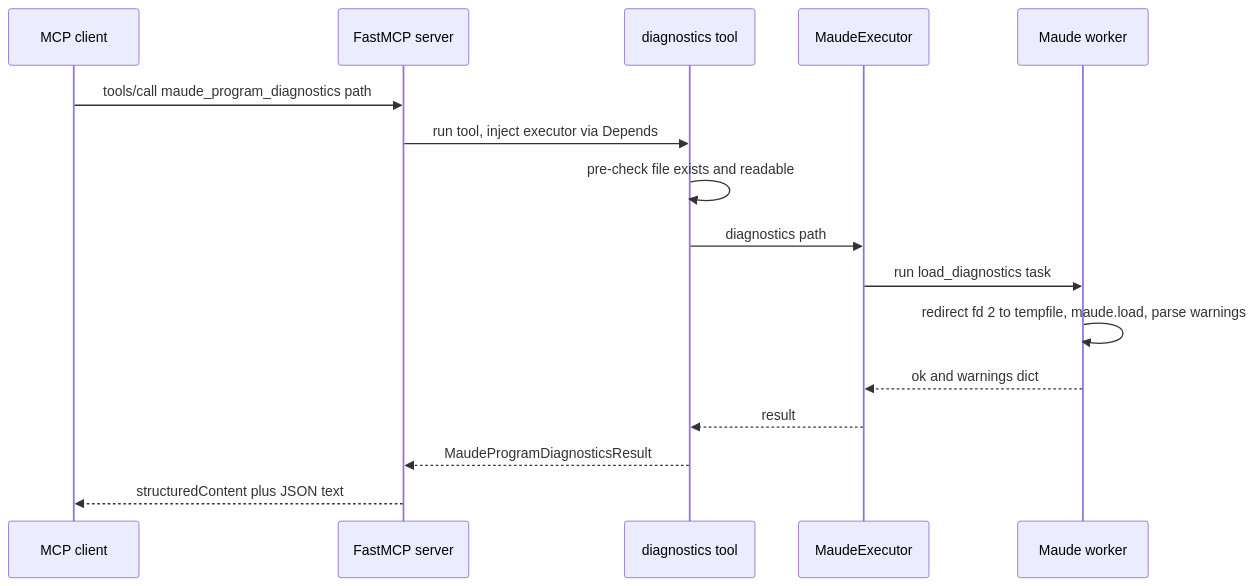
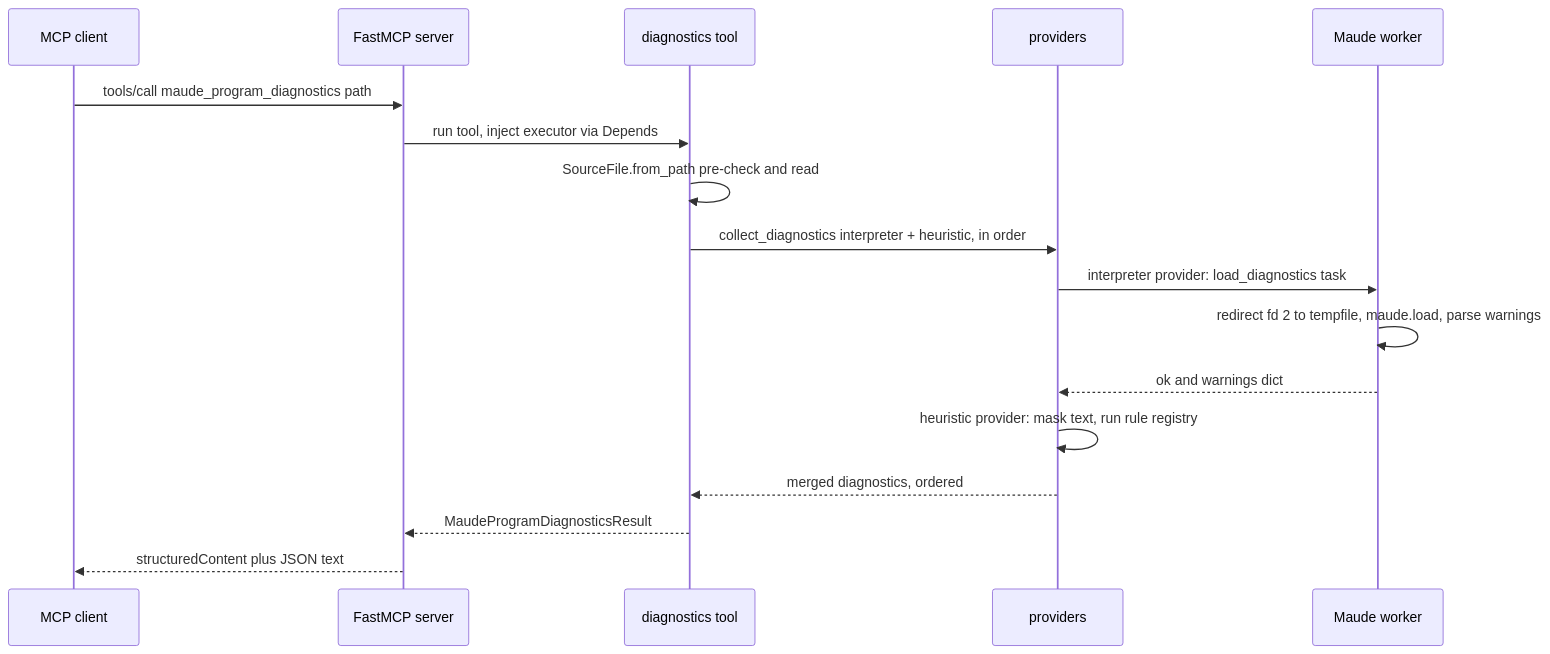
The diagram in harold-mcp/.agents/summary/interfaces.md (demiourgoi/Harold), drawn with Mermaid before and after one commit. The commit also changed other lines of this file and 9 other files, not shown here.

````diff
--- a/harold-mcp/.agents/summary/interfaces.md
+++ b/harold-mcp/.agents/summary/interfaces.md
@@ -32,18 +47,19 @@
 ```mermaid
 sequenceDiagram
     participant C as MCP client
     participant F as FastMCP server
     participant T as diagnostics tool
-    participant P as MaudeExecutor
+    participant P as providers
     participant W as Maude worker
     C->>F: tools/call maude_program_diagnostics path
     F->>T: run tool, inject executor via Depends
-    T->>T: pre-check file exists and readable
-    T->>P: diagnostics path
-    P->>W: run load_diagnostics task
+    T->>T: SourceFile.from_path pre-check and read
+    T->>P: collect_diagnostics interpreter + heuristic, in order
+    P->>W: interpreter provider: load_diagnostics task
     W->>W: redirect fd 2 to tempfile, maude.load, parse warnings
     W-->>P: ok and warnings dict
-    P-->>T: result
+    P->>P: heuristic provider: mask text, run rule registry
+    P-->>T: merged diagnostics, ordered
     T-->>F: MaudeProgramDiagnosticsResult
     F-->>C: structuredContent plus JSON text
 ```
````
